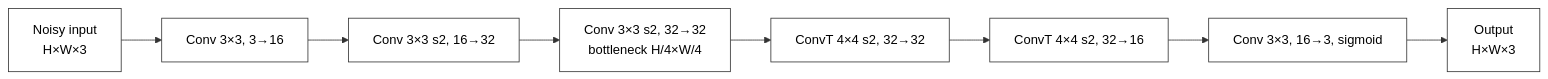
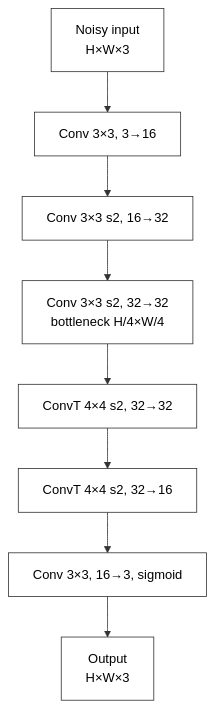
Before and after one commit to rwttr/Eco-workshop-n8: the second of 2 diagrams in README.md, drawn with Mermaid.

Commit message:
README: draw baseline autoencoder diagram top-down

````diff
--- a/README.md
+++ b/README.md
@@ -215,6 +215,6 @@
 ```mermaid
-flowchart LR
+flowchart TD
     classDef default fill:#ffffff,stroke:#333333,color:#000000;
     X["Noisy input<br/>H×W×3"] --> E1["Conv 3×3, 3→16"] --> E2["Conv 3×3 s2, 16→32"] --> E3["Conv 3×3 s2, 32→32<br/>bottleneck H/4×W/4"]
     E3 --> D1["ConvT 4×4 s2, 32→32"] --> D2["ConvT 4×4 s2, 32→16"] --> D3["Conv 3×3, 16→3, sigmoid"] --> Y["Output<br/>H×W×3"]
 ```
````
